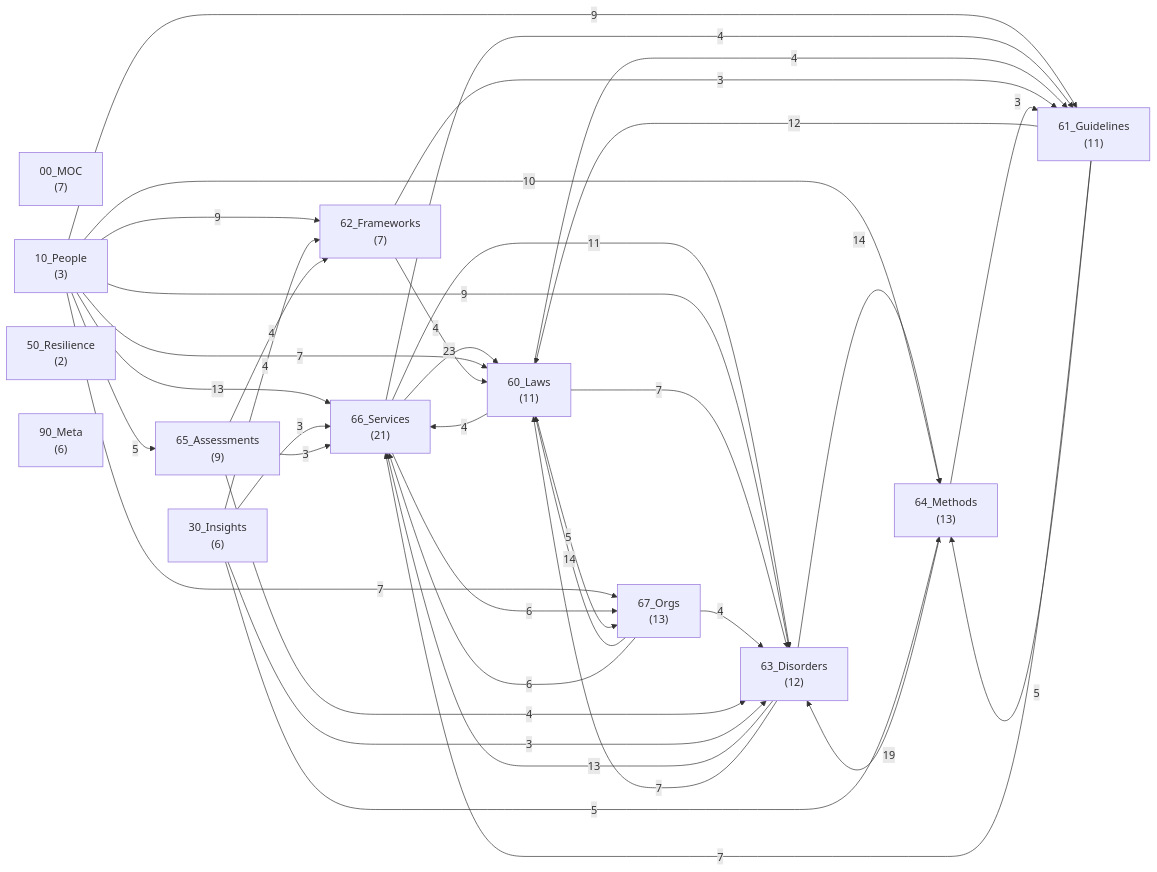
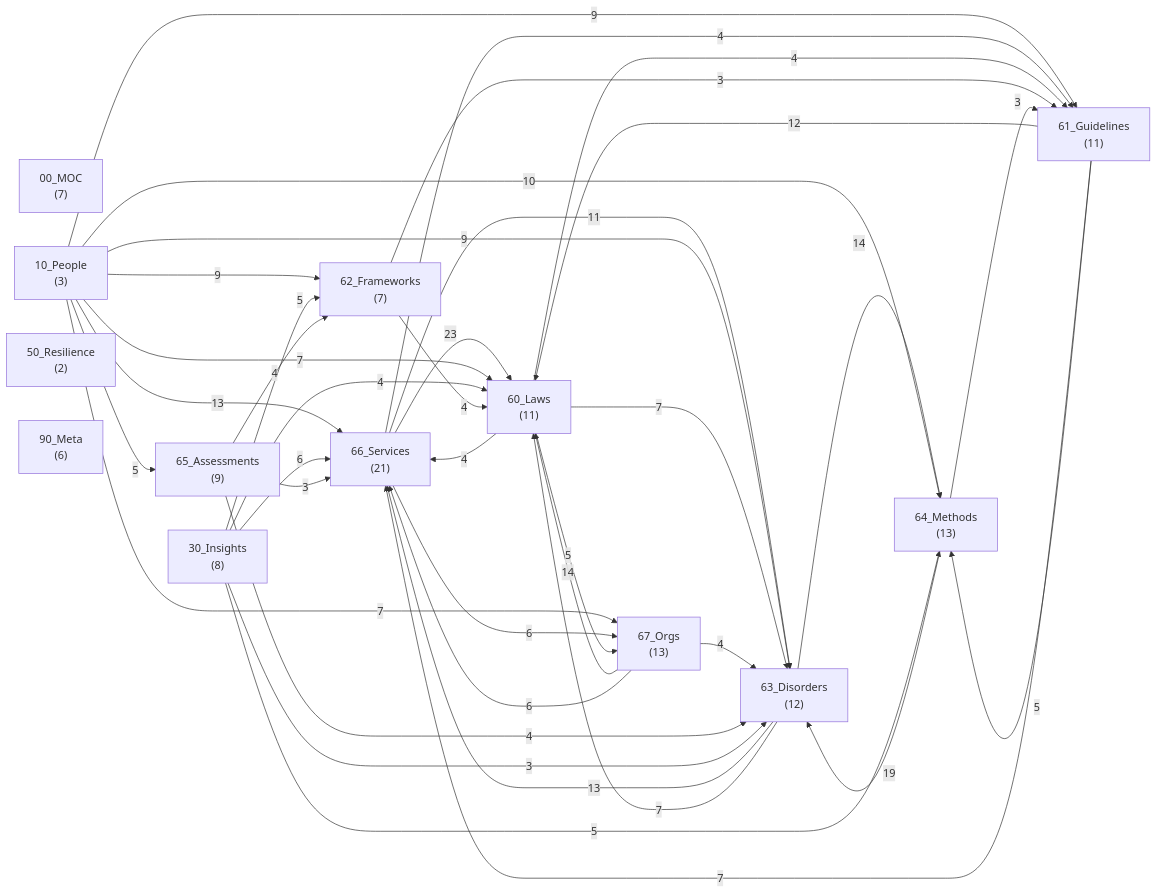
Before and after one commit to kazumasakawahara/welfare-graph: the diagram in overview.md, drawn with Mermaid. The commit also changed other lines of this file and 4 other files, not shown here.

````diff
--- a/overview.md
+++ b/overview.md
@@ -111,52 +112,53 @@
 ```mermaid
 graph LR
     00MOC["00_MOC<br/>(7)"]
     10People["10_People<br/>(3)"]
-    30Insights["30_Insights<br/>(6)"]
+    30Insights["30_Insights<br/>(8)"]
     50Resilience["50_Resilience<br/>(2)"]
     60Laws["60_Laws<br/>(11)"]
     61Guidelines["61_Guidelines<br/>(11)"]
     62Frameworks["62_Frameworks<br/>(7)"]
     63Disorders["63_Disorders<br/>(12)"]
     64Methods["64_Methods<br/>(13)"]
     65Assessments["65_Assessments<br/>(9)"]
     66Services["66_Services<br/>(21)"]
     67Orgs["67_Orgs<br/>(13)"]
     90Meta["90_Meta<br/>(6)"]
     66Services -->|23| 60Laws
     64Methods -->|19| 63Disorders
     67Orgs -->|14| 60Laws
     63Disorders -->|14| 64Methods
     63Disorders -->|13| 66Services
     10People -->|13| 66Services
     61Guidelines -->|12| 60Laws
     66Services -->|11| 63Disorders
     10People -->|10| 64Methods
     10People -->|9| 63Disorders
     10People -->|9| 62Frameworks
     10People -->|9| 61Guidelines
     61Guidelines -->|7| 66Services
     63Disorders -->|7| 60Laws
     60Laws -->|7| 63Disorders
     10People -->|7| 60Laws
     10People -->|7| 67Orgs
+    30Insights -->|6| 66Services
     67Orgs -->|6| 66Services
     66Services -->|6| 67Orgs
+    30Insights -->|5| 62Frameworks
     30Insights -->|5| 64Methods
     61Guidelines -->|5| 64Methods
     60Laws -->|5| 67Orgs
     10People -->|5| 65Assessments
-    30Insights -->|4| 62Frameworks
+    30Insights -->|4| 60Laws
     67Orgs -->|4| 63Disorders
     66Services -->|4| 61Guidelines
     60Laws -->|4| 61Guidelines
     60Laws -->|4| 66Services
     62Frameworks -->|4| 60Laws
     65Assessments -->|4| 62Frameworks
     65Assessments -->|4| 63Disorders
     30Insights -->|3| 63Disorders
-    30Insights -->|3| 66Services
     62Frameworks -->|3| 61Guidelines
     65Assessments -->|3| 66Services
     64Methods -->|3| 61Guidelines
 ```
````
